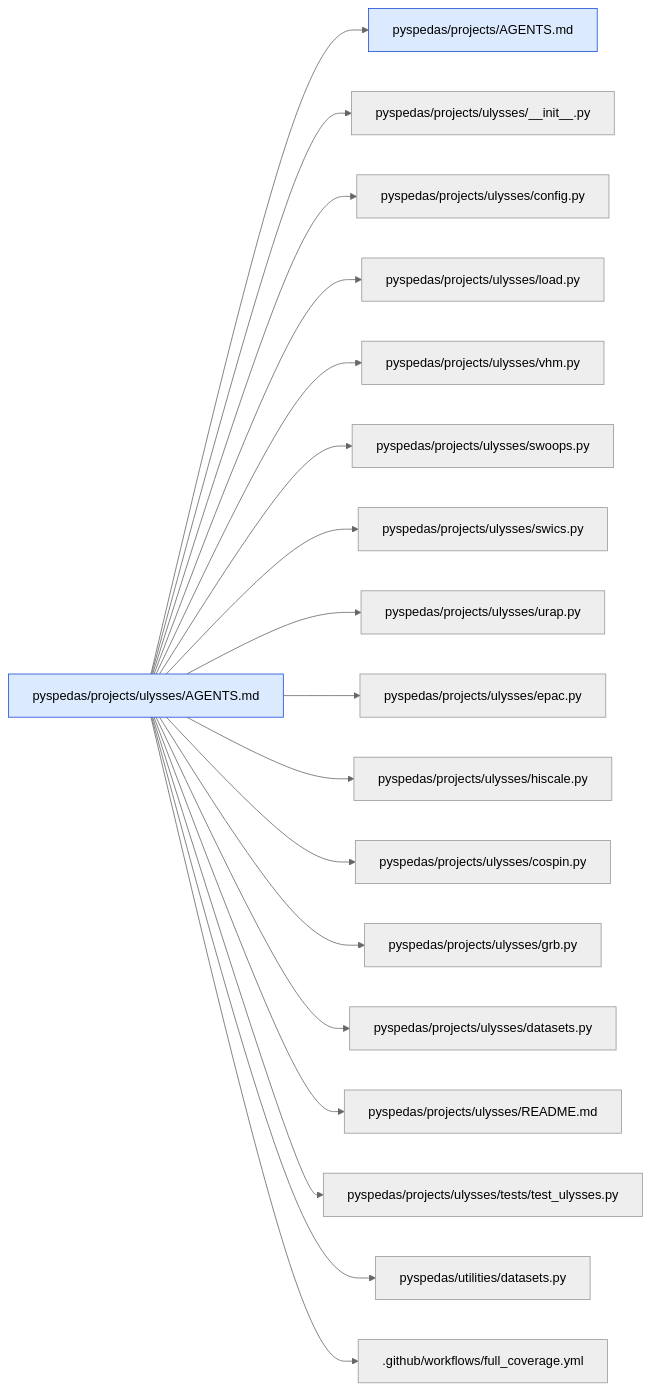
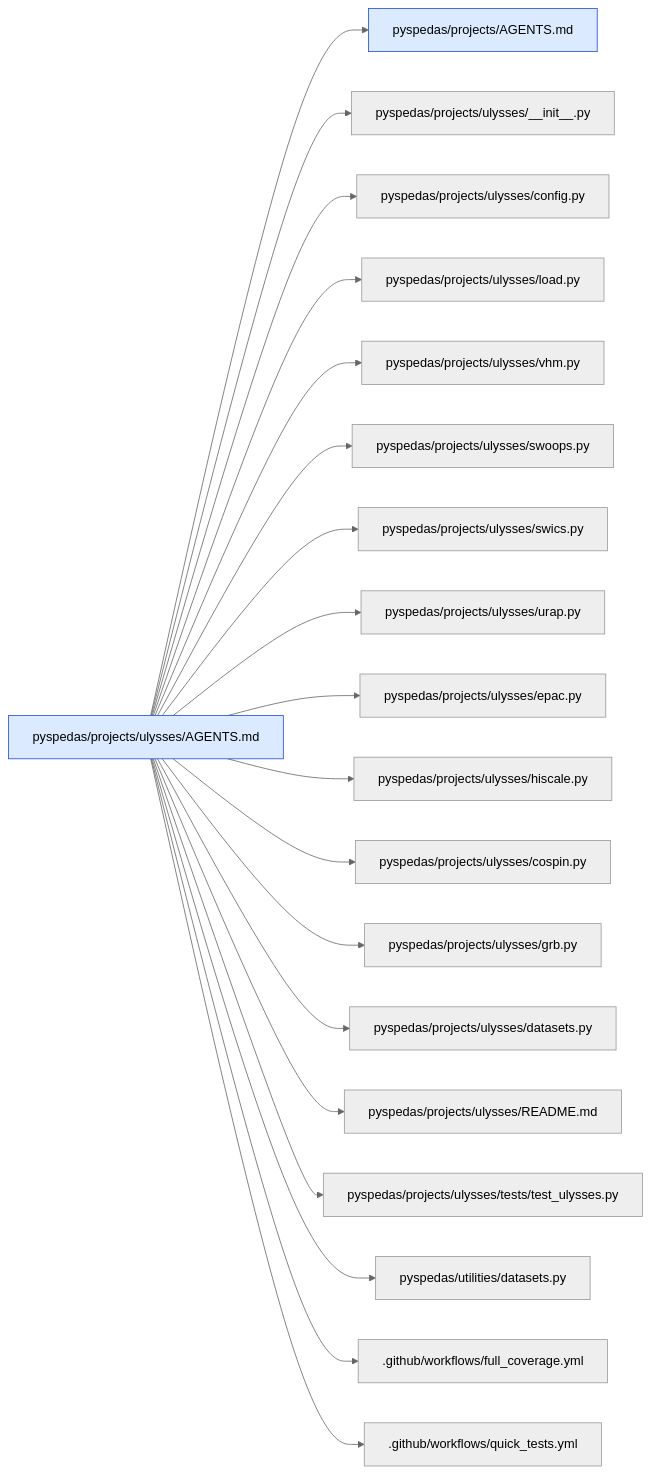
One commit to spedas/pyspedas changed diagram 37 of 43 in .agents/map/MAP.md. Above: the diagram before and after it, drawn with Mermaid (neutral theme). The commit also changed other lines of this file and 1 other file, not shown here.

````diff
--- a/.agents/map/MAP.md
+++ b/.agents/map/MAP.md
@@ -1296,23 +1338,24 @@
 ```mermaid
 graph LR
   classDef agents fill:#dbeafe,stroke:#1d4ed8
   classDef missing fill:#fee2e2,stroke:#b91c1c,stroke-dasharray:4
   self["pyspedas/projects/ulysses/AGENTS.md"]:::agents
   self --> r0["pyspedas/projects/AGENTS.md"]:::agents
   self --> r1["pyspedas/projects/ulysses/__init__.py"]
   self --> r2["pyspedas/projects/ulysses/config.py"]
   self --> r3["pyspedas/projects/ulysses/load.py"]
   self --> r4["pyspedas/projects/ulysses/vhm.py"]
   self --> r5["pyspedas/projects/ulysses/swoops.py"]
   self --> r6["pyspedas/projects/ulysses/swics.py"]
   self --> r7["pyspedas/projects/ulysses/urap.py"]
   self --> r8["pyspedas/projects/ulysses/epac.py"]
   self --> r9["pyspedas/projects/ulysses/hiscale.py"]
   self --> r10["pyspedas/projects/ulysses/cospin.py"]
   self --> r11["pyspedas/projects/ulysses/grb.py"]
   self --> r12["pyspedas/projects/ulysses/datasets.py"]
   self --> r13["pyspedas/projects/ulysses/README.md"]
   self --> r14["pyspedas/projects/ulysses/tests/test_ulysses.py"]
   self --> r15["pyspedas/utilities/datasets.py"]
   self --> r16[".github/workflows/full_coverage.yml"]
+  self --> r17[".github/workflows/quick_tests.yml"]
 ```
````
